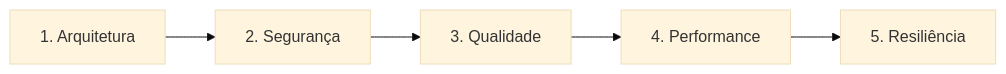
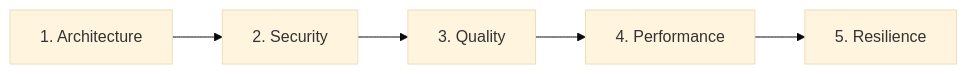
The diagram in workflows/review.md (MarcosVeniciu/antigravity-agentic-workflows), drawn with Mermaid (base theme) before and after one commit. The commit also changed other lines of this file and 57 other files, not shown here.

````diff
--- a/workflows/review.md
+++ b/workflows/review.md
@@ -27,7 +27,7 @@
 ```mermaid
 flowchart LR
-    A["1. Arquitetura"] --> B["2. Segurança"]
-    B --> C["3. Qualidade"]
+    A["1. Architecture"] --> B["2. Security"]
+    B --> C["3. Quality"]
     C --> D["4. Performance"]
-    D --> E["5. Resiliência"]
+    D --> E["5. Resilience"]
 ```
````
